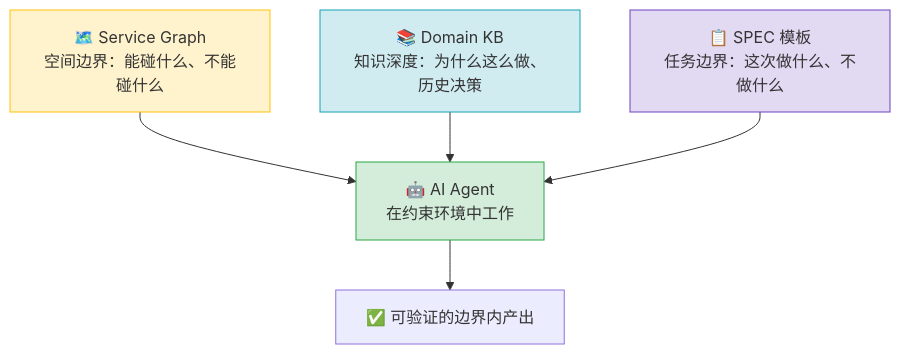
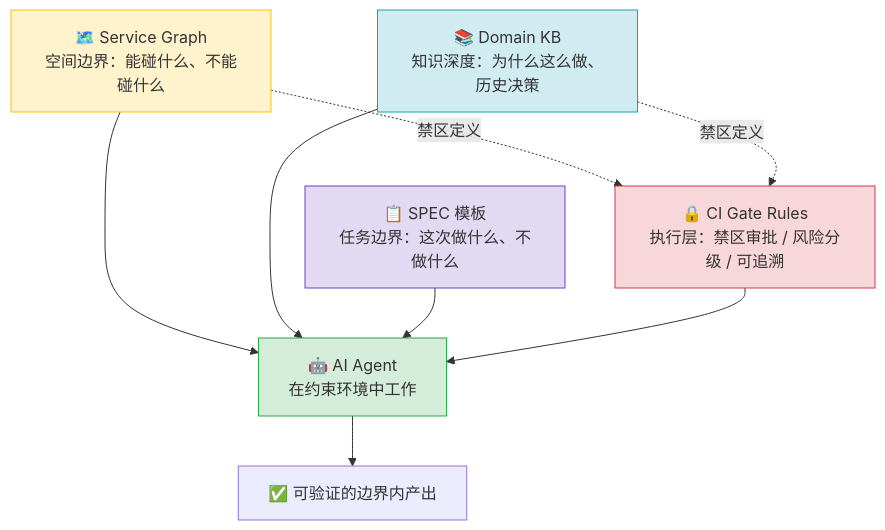
One commit to Aaron-cdx/tech-reflections changed the fourth of 6 diagrams in 2026/06/2026-06-13-AI编程范式的范式转移.md. Above: the diagram before and after it, drawn with Mermaid. The commit also changed other lines of this file and 6 other files, not shown here.

````diff
--- a/2026/06/2026-06-13-AI编程范式的范式转移.md
+++ b/2026/06/2026-06-13-AI编程范式的范式转移.md
@@ -249,15 +250,20 @@
 ```mermaid
 graph TB
     AGENT["🤖 AI Agent<br/>在约束环境中工作"]
 
     SG["🗺️ Service Graph<br/>空间边界：能碰什么、不能碰什么"] --> AGENT
     KB["📚 Domain KB<br/>知识深度：为什么这么做、历史决策"] --> AGENT
     SP["📋 SPEC 模板<br/>任务边界：这次做什么、不做什么"] --> AGENT
+    CI["🔒 CI Gate Rules<br/>执行层：禁区审批 / 风险分级 / 可追溯"] --> AGENT
 
     AGENT --> OUT["✅ 可验证的边界内产出"]
+
+    SG -.->|"禁区定义"| CI
+    KB -.->|"禁区定义"| CI
 
     style AGENT fill:#d4edda,stroke:#28a745
     style SG fill:#fff3cd,stroke:#ffc107
     style KB fill:#d1ecf1,stroke:#17a2b8
     style SP fill:#e2d9f3,stroke:#6f42c1
+    style CI fill:#f8d7da,stroke:#dc3545
 ```
````
